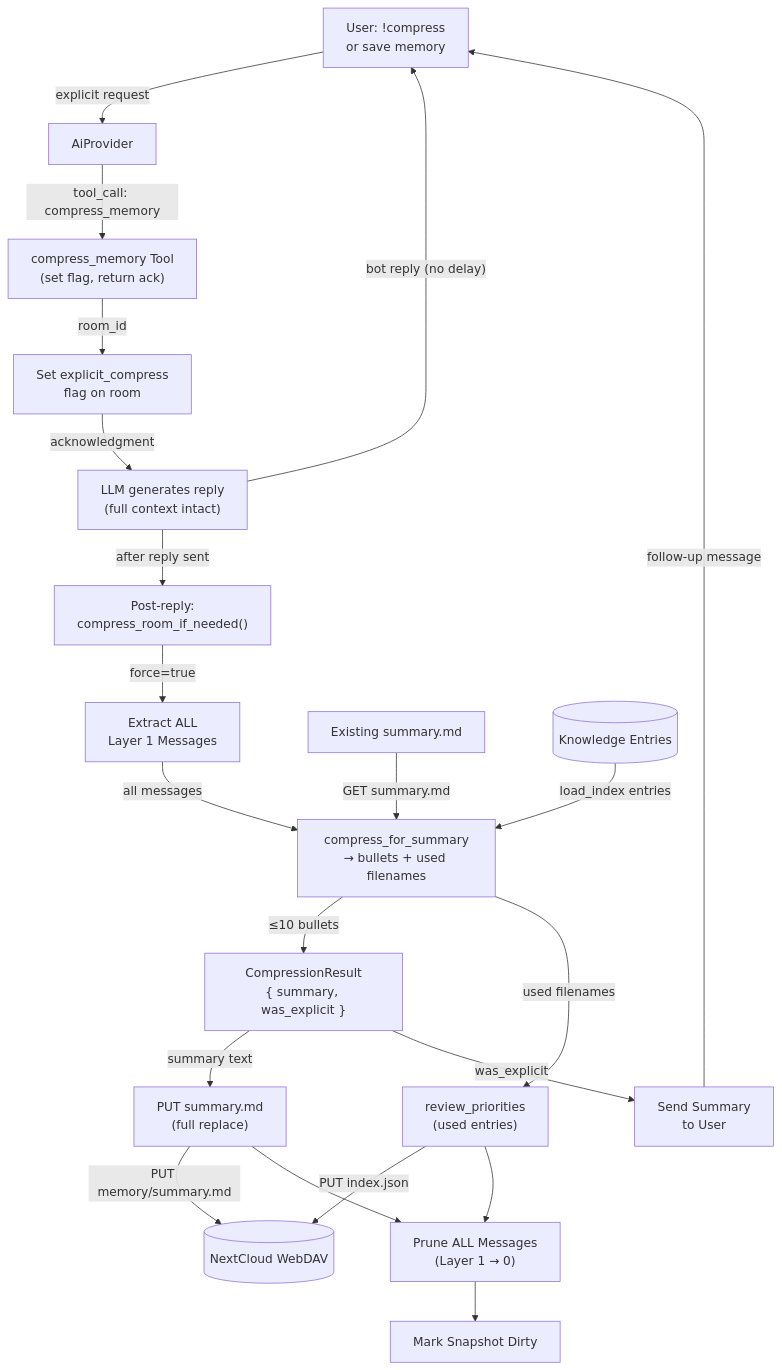
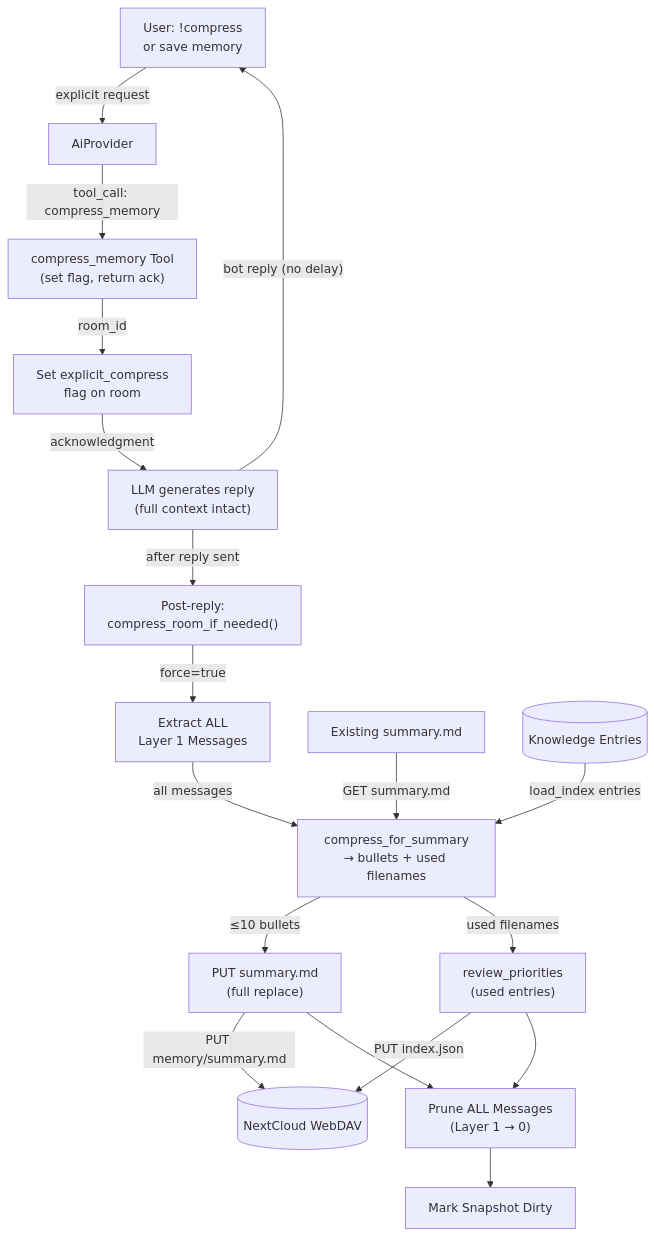
The first of 2 diagrams in _dfd/tools/compress-memory.md (cosmoswafer/rockbot), drawn with Mermaid before and after one commit. The commit also changed other lines of this file and 2 other files, not shown here.

Commit message:
fix: both explicit and auto compression are silent — no follow-up message

````diff
--- a/_dfd/tools/compress-memory.md
+++ b/_dfd/tools/compress-memory.md
@@ -42,41 +41,36 @@
 ```mermaid
 flowchart TD
     USER["User: !compress<br/>or save memory"]
     AI[AiProvider]
     TOOL["compress_memory Tool<br/>(set flag, return ack)"]
     SET_FLAG["Set explicit_compress<br/>flag on room"]
     LLM_REPLY["LLM generates reply<br/>(full context intact)"]
     POST["Post-reply:<br/>compress_room_if_needed()"]
     EXTRACT["Extract ALL<br/>Layer 1 Messages"]
     EXISTING[Existing summary.md]
     KNOWLEDGE[(Knowledge Entries)]
     COMPRESS["compress_for_summary<br/>→ bullets + used filenames"]
-    RESULT["CompressionResult<br/>{ summary, was_explicit }"]
     WRITE["PUT summary.md<br/>(full replace)"]
     PRIORITY["review_priorities<br/>(used entries)"]
     PRUNE["Prune ALL Messages<br/>(Layer 1 → 0)"]
     DAV[(NextCloud WebDAV)]
     DIRTY[Mark Snapshot Dirty]
-    SEND["Send Summary<br/>to User"]
 
     USER -->|"explicit request"| AI
     AI -->|"tool_call: compress_memory"| TOOL
     TOOL -->|"room_id"| SET_FLAG
     SET_FLAG -->|"acknowledgment"| LLM_REPLY
     LLM_REPLY -->|"bot reply (no delay)"| USER
     LLM_REPLY -->|"after reply sent"| POST
     POST -->|"force=true"| EXTRACT
     EXTRACT -->|"all messages"| COMPRESS
     EXISTING -->|"GET summary.md"| COMPRESS
     KNOWLEDGE -->|"load_index entries"| COMPRESS
-    COMPRESS -->|"≤10 bullets"| RESULT
+    COMPRESS -->|"≤10 bullets"| WRITE
     COMPRESS -->|"used filenames"| PRIORITY
-    RESULT -->|"summary text"| WRITE
     WRITE -->|"PUT memory/summary.md"| DAV
     PRIORITY -->|"PUT index.json"| DAV
     PRIORITY --> PRUNE
     WRITE --> PRUNE
     PRUNE --> DIRTY
-    RESULT -->|"was_explicit"| SEND
-    SEND -->|"follow-up message"| USER
 ```
````
